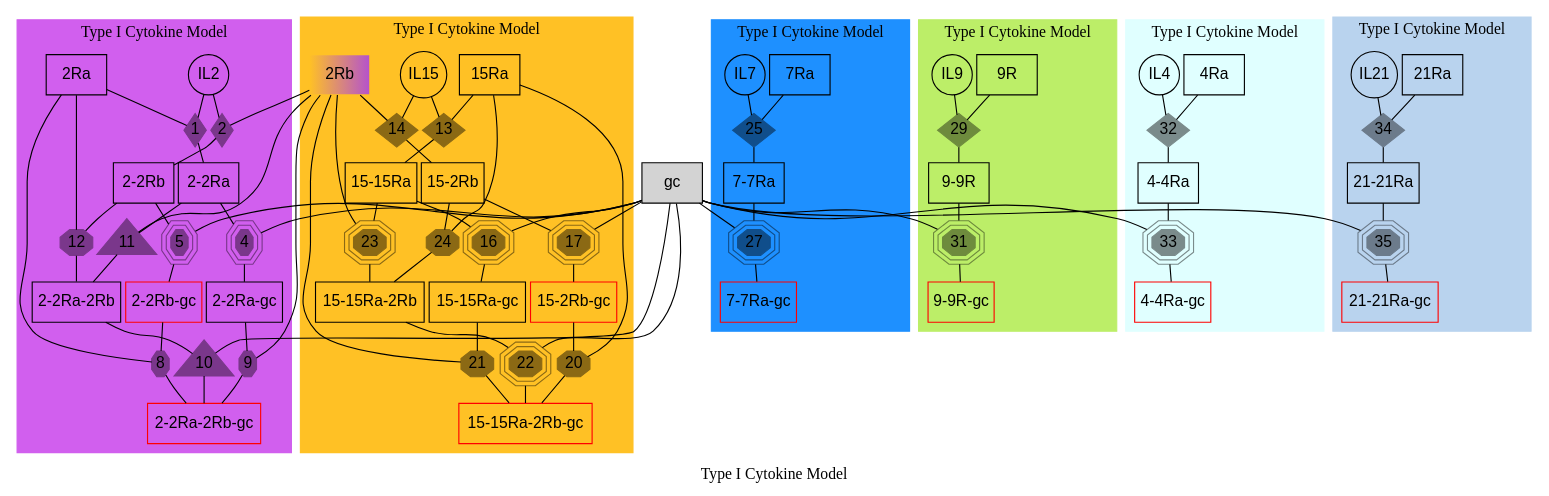
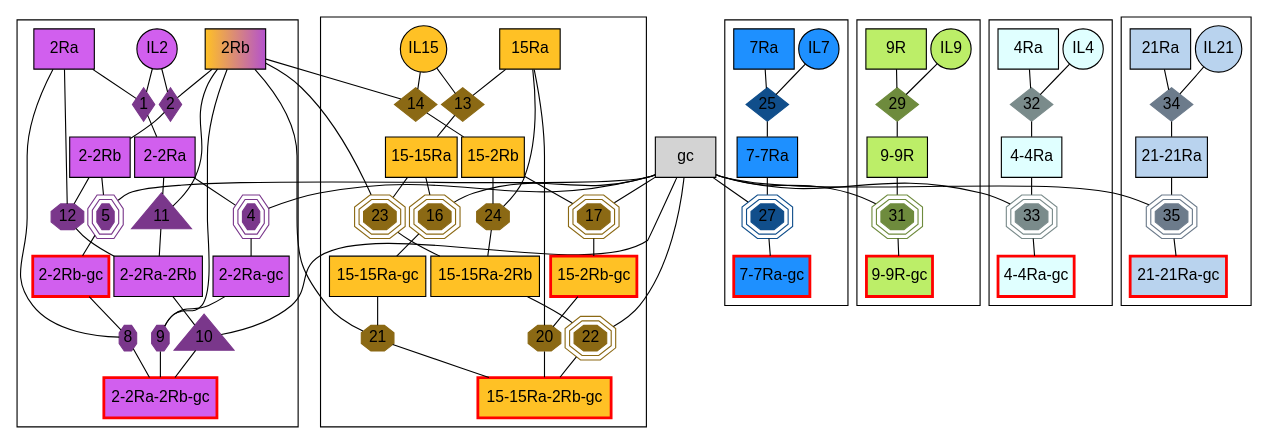
The diagram in ckine/data/graph_all.gv (meyer-lab/gc-valent), drawn with Graphviz before and after one commit.

Commit message:
make nodes colored instead of backgrounds

```diff
--- a/ckine/data/graph_all.gv
+++ b/ckine/data/graph_all.gv
@@ -1,6 +1,5 @@
 digraph cgamma_cytok {
     ratio = "compress";
-    label = "Type I Cytokine Model";
     graph [pad=0, ranksep=0.2, nodesep=0.05];
 
     subgraph specises {
@@ -12,51 +11,49 @@
     subgraph species {
         node [margin=0.03];
 
-        "IL2"   [shape=circle, fontname = "helvetica" ];
-        "2Ra" [shape=box, fontname = "helvetica"   ];
-        "2Rb" [shape=box, style=filled, color="goldenrod1:mediumorchid3", fontname = "helvetica"];
-        "2-2Ra" [shape=box, fontname = "helvetica"];
-        "2-2Rb" [shape=box, fontname = "helvetica"];
-        "2-2Ra" [shape=box, fontname = "helvetica"];
-        "2-2Ra" [shape=box, fontname = "helvetica"];
-        "2-2Ra-2Rb" [shape=box, fontname = "helvetica" ];
-        "2-2Ra-gc" [shape=box, fontname = "helvetica" ];
-        "2-2Rb-gc" [shape=box, color=red, fontname = "helvetica" ];
-        "2-2Ra-2Rb-gc" [shape=box, color=red, fontname = "helvetica" ];
+        "IL2"   [shape=circle, fontname = "helvetica", fillcolor=mediumorchid2, style=filled ];
+        "2Ra" [shape=box, fontname = "helvetica", fillcolor=mediumorchid2, style=filled   ];
+        "2Rb" [shape=box, style=filled, fontname = "helvetica", fillcolor="goldenrod1:mediumorchid3", style=filled];
+        "2-2Ra" [shape=box, fontname = "helvetica", fillcolor=mediumorchid2, style=filled];
+        "2-2Rb" [shape=box, fontname = "helvetica", fillcolor=mediumorchid2, style=filled];
+        "2-2Ra" [shape=box, fontname = "helvetica", fillcolor=mediumorchid2, style=filled];
+        "2-2Ra" [shape=box, fontname = "helvetica", fillcolor=mediumorchid2, style=filled];
+        "2-2Ra-2Rb" [shape=box, fontname = "helvetica", fillcolor=mediumorchid2, style=filled ];
+        "2-2Ra-gc" [shape=box, fontname = "helvetica" , fillcolor=mediumorchid2, style=filled];
+        "2-2Rb-gc" [shape=box, color=red, fontname = "helvetica" , fillcolor=mediumorchid2, style=filled, penwidth=2.5];
+        "2-2Ra-2Rb-gc" [shape=box, color=red, fontname = "helvetica", fillcolor=mediumorchid2, style=filled , penwidth=2.5];
 
-        "IL15"  [shape=circle, fontname = "helvetica"];
-        "15Ra"    [shape=box, fontname = "helvetica"];
-        "15-15Ra"   [shape=box, fontname = "helvetica"];
-        "15-2Rb"    [shape=box, fontname = "helvetica"];
-        "15-15Ra-2Rb" [shape=box, fontname = "helvetica"];
-        "15-15Ra-gc"    [shape=box, fontname = "helvetica"];
-        "15-2Rb-gc" [shape=box, color=red, fontname = "helvetica"];
-        "15-15Ra-2Rb-gc"  [shape=box, color=red, fontname = "helvetica"];
+        "IL15"  [shape=circle, fontname = "helvetica", fillcolor=goldenrod1, style=filled];
+        "15Ra"    [shape=box, fontname = "helvetica", fillcolor=goldenrod1, style=filled];
+        "15-15Ra"   [shape=box, fontname = "helvetica", fillcolor=goldenrod1, style=filled];
+        "15-2Rb"    [shape=box, fontname = "helvetica", fillcolor=goldenrod1, style=filled];
+        "15-15Ra-2Rb" [shape=box, fontname = "helvetica", fillcolor=goldenrod1, style=filled];
+        "15-15Ra-gc"    [shape=box, fontname = "helvetica", fillcolor=goldenrod1, style=filled];
+        "15-2Rb-gc" [shape=box, color=red, fontname = "helvetica", fillcolor=goldenrod1, style=filled, penwidth=2.5];
+        "15-15Ra-2Rb-gc"  [shape=box, color=red, fontname = "helvetica", fillcolor=goldenrod1, style=filled, penwidth=2.5];
 
-        "IL7"   [shape=circle, fontname = "helvetica"];
-        "7Ra" [shape=box, fontname = "helvetica"];
-        "7-7Ra" [shape=box, fontname = "helvetica"];
-        "7-7Ra-gc"  [shape=box, color=red, fontname = "helvetica"];
+        "IL7"   [shape=circle, fontname = "helvetica", fillcolor=dodgerblue, style=filled];
+        "7Ra" [shape=box, fontname = "helvetica", fillcolor=dodgerblue, style=filled];
+        "7-7Ra" [shape=box, fontname = "helvetica", fillcolor=dodgerblue, style=filled];
+        "7-7Ra-gc"  [shape=box, color=red, fontname = "helvetica", fillcolor=dodgerblue, style=filled, penwidth=2.5];
 
-        "IL9"   [shape=circle, fontname = "helvetica"];
-        "9R" [shape=box , fontname = "helvetica"   ];
-        "9-9R" [shape=box, fontname = "helvetica"];
-        "9-9R-gc" [shape=box, color=red, fontname = "helvetica" ];
+        "IL9"   [shape=circle, fontname = "helvetica", fillcolor=darkolivegreen2, style=filled];
+        "9R" [shape=box , fontname = "helvetica" , fillcolor=darkolivegreen2, style=filled  ];
+        "9-9R" [shape=box, fontname = "helvetica", fillcolor=darkolivegreen2, style=filled];
+        "9-9R-gc" [shape=box, color=red, fontname = "helvetica", fillcolor=darkolivegreen2, style=filled , penwidth=2.5];
 
-        "IL4"   [shape=circle, fontname = "helvetica"];
-        "4Ra" [shape=box, fontname = "helvetica"    ];
-        "4-4Ra" [shape=box, fontname = "helvetica"];
-        "4-4Ra-gc" [shape=box, color=red, fontname = "helvetica" ];
+        "IL4"   [shape=circle, fontname = "helvetica", fillcolor=lightcyan, style=filled];
+        "4Ra" [shape=box, fontname = "helvetica" , fillcolor=lightcyan, style=filled   ];
+        "4-4Ra" [shape=box, fontname = "helvetica", fillcolor=lightcyan, style=filled];
+        "4-4Ra-gc" [shape=box, color=red, fontname = "helvetica" , fillcolor=lightcyan, style=filled , penwidth=2.5];
 
-        "IL21"   [shape=circle, fontname = "helvetica"];
-        "21Ra" [shape=box , fontname = "helvetica"   ];
-        "21-21Ra" [shape=box, fontname = "helvetica"];
-        "21-21Ra-gc" [shape=box, color=red, fontname = "helvetica" ];
+        "IL21"   [shape=circle, fontname = "helvetica", fillcolor=slategray2, style=filled];
+        "21Ra" [shape=box , fontname = "helvetica", fillcolor=slategray2, style=filled   ];
+        "21-21Ra" [shape=box, fontname = "helvetica", fillcolor=slategray2, style=filled];
+        "21-21Ra-gc" [shape=box, color=red, fontname = "helvetica", fillcolor=slategray2, style=filled , penwidth=2.5 ];
     }
 
     subgraph cluster_IL2 {
-        style=filled;
-    	color=mediumorchid2;
     	node [style=filled,color=mediumorchid4, margin=0];
 
         "1" [shape=diamond,style=filled,height=.1,width=.1, fontname = "helvetica"];
@@ -106,8 +103,6 @@
     }
 
     subgraph cluster_IL15 {
-        style=filled;
-    	color=goldenrod1;
     	node [style=filled,color=goldenrod4, margin=0];
         edge [dir=none, weight=1];
 
@@ -158,8 +153,6 @@
         }
 
     subgraph cluster_IL7 {
-        style=filled;
-    	color=dodgerblue;
     	node [style=filled,color=dodgerblue4, margin=0];
         edge [dir=none, weight=1];
         
@@ -175,8 +168,6 @@
     }
 
     subgraph cluster_IL9 {
-        style=filled;
-    	color=darkolivegreen2;
     	node [style=filled,color=darkolivegreen4, margin=0];
         edge [dir=none, weight=1];
         
@@ -192,8 +183,6 @@
     }
 
     subgraph cluster_IL4 {
-        style=filled;
-    	color=lightcyan;
     	node [style=filled, color=lightcyan4, margin=0];
         edge [dir=none, weight=1];
         
@@ -208,8 +197,6 @@
         "33" -> "4-4Ra-gc";
     }
     subgraph cluster_IL21 {
-        style=filled;
-    	color=slategray2;
     	node [style=filled, color=slategray4, margin=0];
         edge [dir=none, weight=1];
         
```
